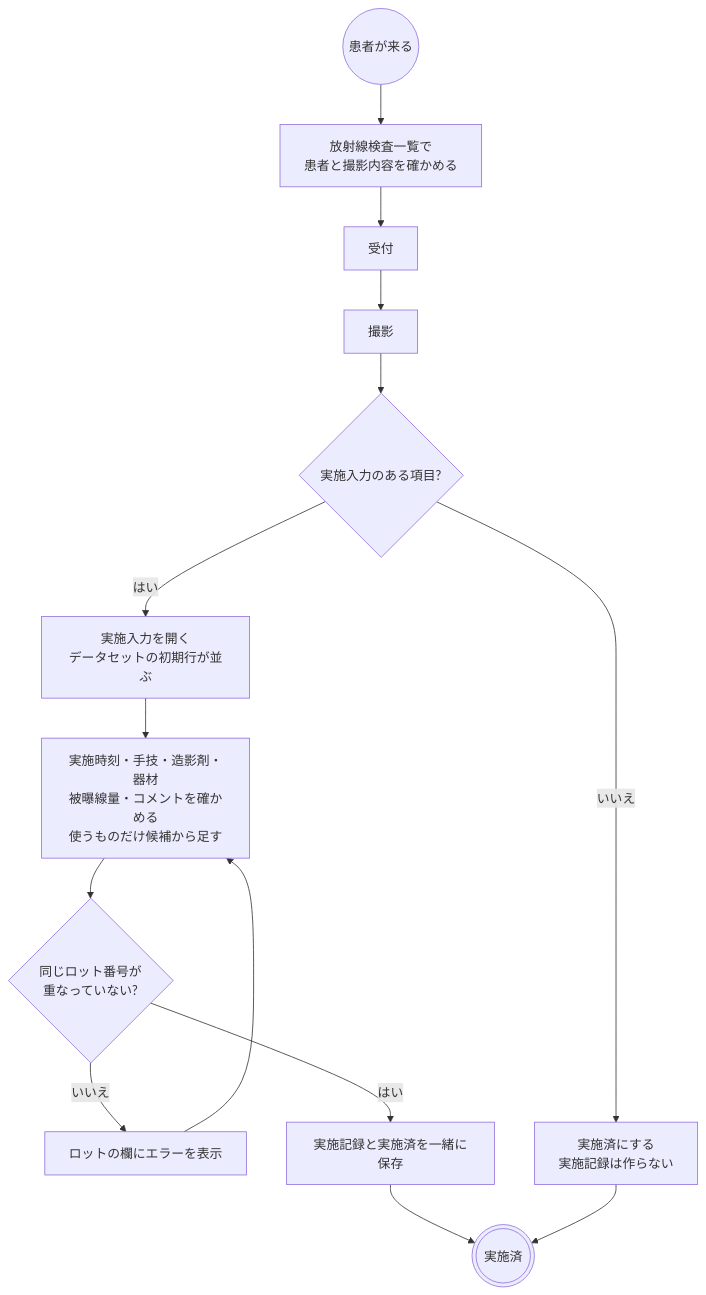
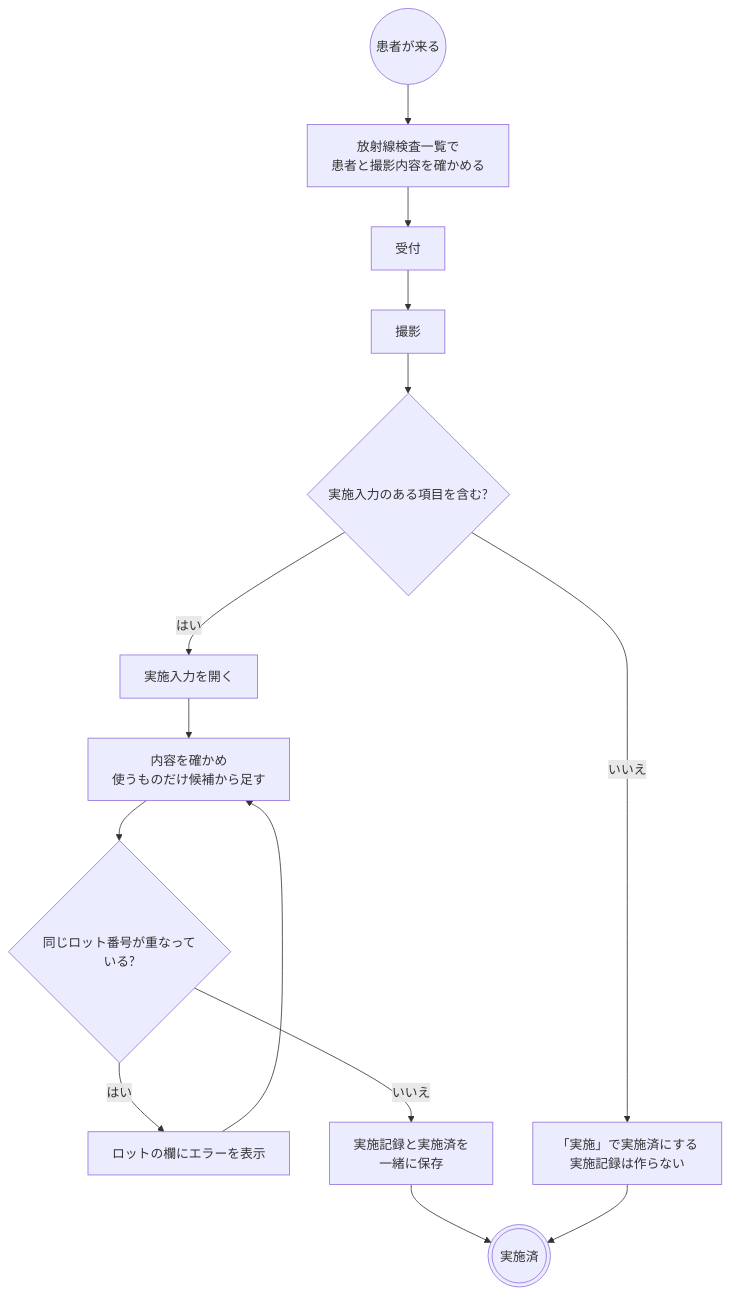
The fourth of 6 diagrams in docs/flows/rad.md (ysnr-dev/fhir-client-docs), drawn with Mermaid before and after one commit. The commit also changed other lines of this file and 43 other files, not shown here.

Commit message:
docs: 業務フローとシーケンス図を写し直し

````diff
--- a/docs/flows/rad.md
+++ b/docs/flows/rad.md
@@ -175,21 +204,21 @@
 ```mermaid
 flowchart TD
   start(("患者が来る"))
   list["放射線検査一覧で<br/>患者と撮影内容を確かめる"]
   accept["受付"]
   shoot["撮影"]
-  input{"実施入力のある項目?"}
-  open["実施入力を開く<br/>データセットの初期行が並ぶ"]
-  fill["実施時刻・手技・造影剤・器材<br/>被曝線量・コメントを確かめる<br/>使うものだけ候補から足す"]
-  lot{"同じロット番号が<br/>重なっていない?"}
+  input{"実施入力のある項目を含む?"}
+  open["実施入力を開く"]
+  fill["内容を確かめ<br/>使うものだけ候補から足す"]
+  lot{"同じロット番号が重なっている?"}
   lotError["ロットの欄にエラーを表示"]
-  saved["実施記録と実施済を一緒に保存"]
-  plain["実施済にする<br/>実施記録は作らない"]
+  saved["実施記録と実施済を<br/>一緒に保存"]
+  plain["「実施」で実施済にする<br/>実施記録は作らない"]
   done((("実施済")))
 
   start --> list --> accept --> shoot --> input
   input -- "はい" --> open --> fill --> lot
-  lot -- "いいえ" --> lotError --> fill
-  lot -- "はい" --> saved --> done
+  lot -- "はい" --> lotError --> fill
+  lot -- "いいえ" --> saved --> done
   input -- "いいえ" --> plain --> done
 ```
````
